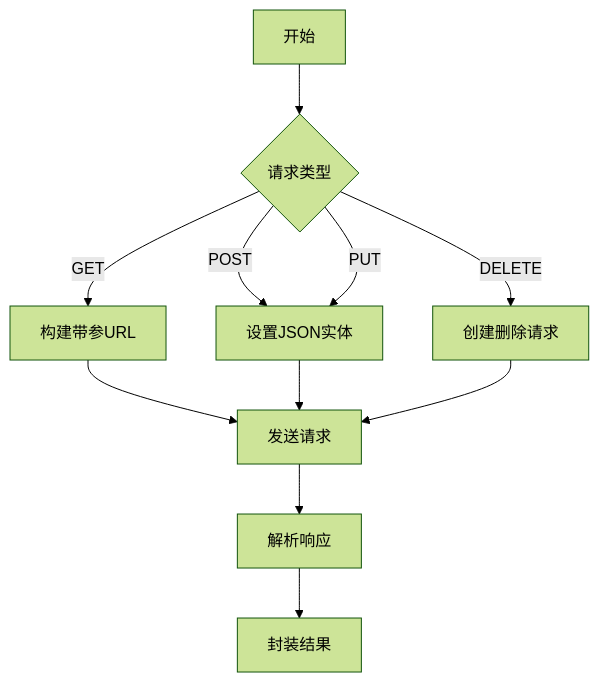
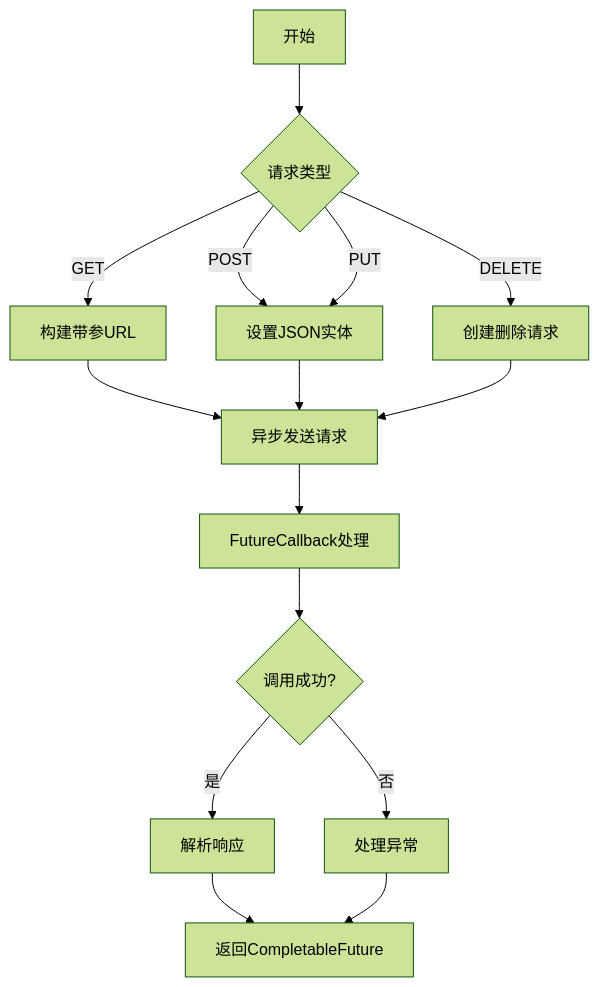
One commit to 1973034392/api-gateway-codelong changed the second of 3 diagrams in docs/项目文档/核心服务/6. 请求调用与结果包装.md. Above: the diagram before and after it, drawn with Mermaid (forest theme). The commit also changed other lines of this file and 69 other files, not shown here.

````diff
--- a/docs/项目文档/核心服务/6. 请求调用与结果包装.md
+++ b/docs/项目文档/核心服务/6. 请求调用与结果包装.md
@@ -71,13 +107,17 @@
 ```mermaid
 graph TD
     A[开始] --> B{请求类型}
     B -->|GET| C[构建带参URL]
     B -->|POST| D[设置JSON实体]
     B -->|PUT| D
     B -->|DELETE| E[创建删除请求]
-    C --> F[发送请求]
+    C --> F[异步发送请求]
     D --> F
     E --> F
-    F --> G[解析响应]
-    G --> H[封装结果]
+    F --> G[FutureCallback处理]
+    G --> H{调用成功?}
+    H -->|是| I[解析响应]
+    H -->|否| J[处理异常]
+    I --> K[返回CompletableFuture]
+    J --> K
 ```
````
